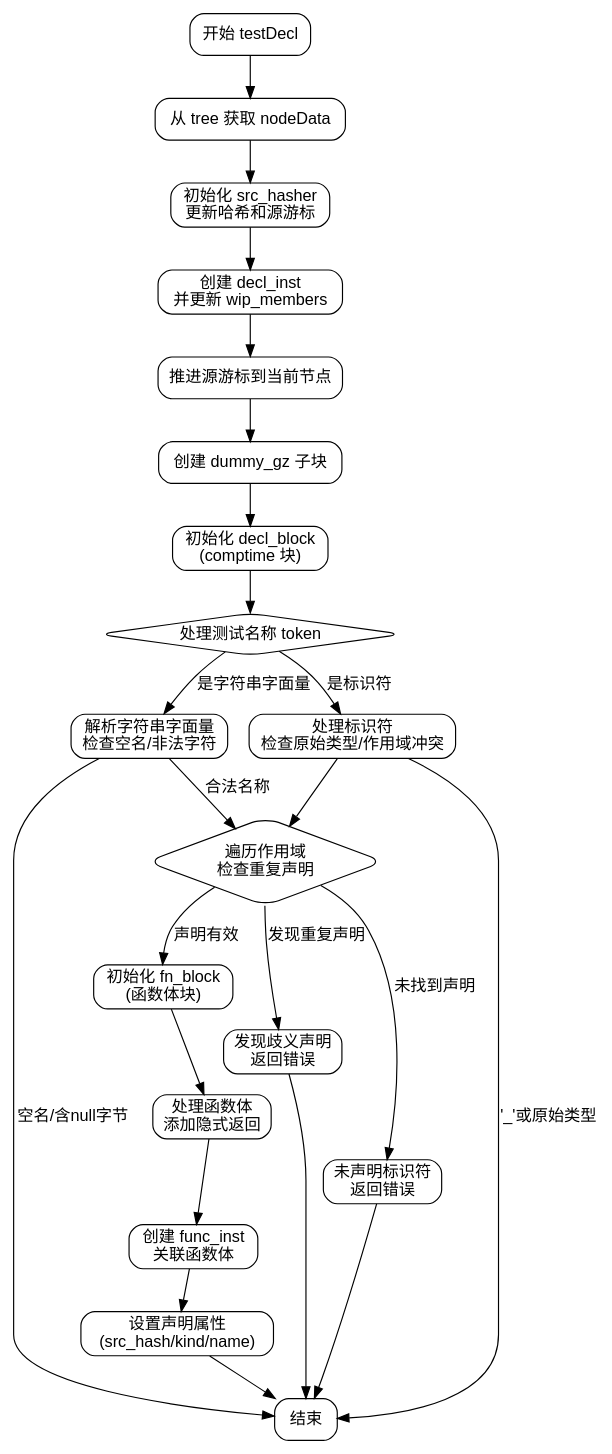
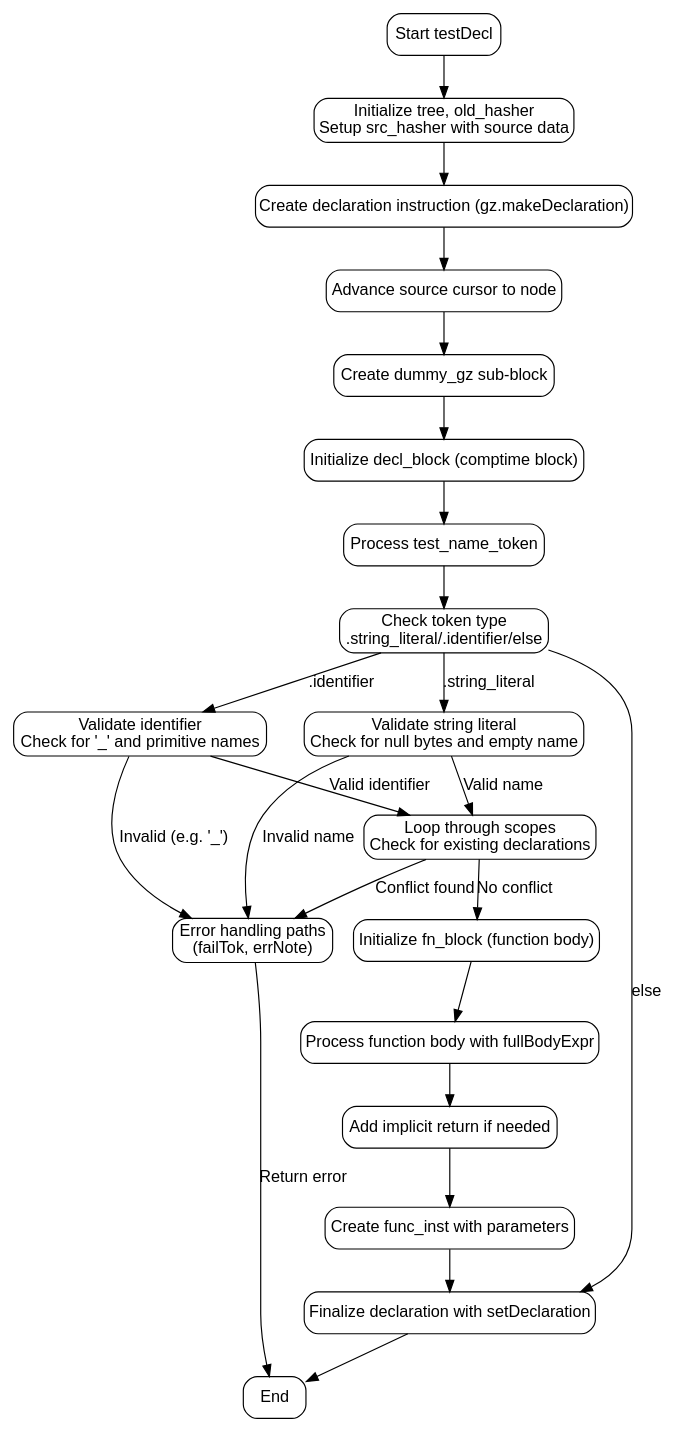
The diagram in dot_std/zig/AstGen.zig.testDecl.md (sdzx-1/deepseek-zig-reader), drawn with Graphviz before and after one commit. The commit also changed other lines of this file and 236 other files, not shown here.

````diff
--- a/dot_std/zig/AstGen.zig.testDecl.md
+++ b/dot_std/zig/AstGen.zig.testDecl.md
@@ -13,56 +28,54 @@
-```dot
-digraph flowchart {
-    node [shape=rectangle, style="rounded", fontname="Helvetica"];
-    edge [fontname="Helvetica"];
+```graphviz
+digraph testDecl_flowchart {
+    node [shape=rectangle, style="rounded", fontname="Arial"];
+    edge [fontname="Arial"];
 
-    start [label="开始 testDecl"];
-    get_tree_data [label="从 tree 获取 nodeData"];
-    src_hash_setup [label="初始化 src_hasher\n更新哈希和源游标"];
-    create_decl_inst [label="创建 decl_inst\n并更新 wip_members"];
-    advance_cursor [label="推进源游标到当前节点"];
-    create_dummy_gz [label="创建 dummy_gz 子块"];
-    create_decl_block [label="初始化 decl_block\n(comptime 块)"];
-    handle_test_name [label="处理测试名称 token", shape=diamond];
-        handle_string_lit [label="解析字符串字面量\n检查空名/非法字符"];
-        handle_identifier [label="处理标识符\n检查原始类型/作用域冲突"];
-        check_scope [label="遍历作用域\n检查重复声明", shape=diamond];
-        ambiguous_ref [label="发现歧义声明\n返回错误"];
-        undeclared_id [label="未声明标识符\n返回错误"];
-    
-    setup_fn_block [label="初始化 fn_block\n(函数体块)"];
-    handle_body [label="处理函数体\n添加隐式返回"];
-    add_func_inst [label="创建 func_inst\n关联函数体"];
-    finalize_decl [label="设置声明属性\n(src_hash/kind/name)"];
-    end [label="结束"];
+    start [label="Start testDecl"];
+    init_vars [label="Initialize tree, old_hasher\nSetup src_hasher with source data"];
+    decl_inst [label="Create declaration instruction (gz.makeDeclaration)"];
+    advance_cursor [label="Advance source cursor to node"];
+    setup_dummy_gz [label="Create dummy_gz sub-block"];
+    decl_block [label="Initialize decl_block (comptime block)"];
+    process_test_name [label="Process test_name_token"];
+    check_token_type [label="Check token type\n.string_literal/.identifier/else"];
+    string_literal_case [label="Validate string literal\nCheck for null bytes and empty name"];
+    identifier_case [label="Validate identifier\nCheck for '_' and primitive names"];
+    scope_loop [label="Loop through scopes\nCheck for existing declarations"];
+    error_handling [label="Error handling paths\n(failTok, errNote)"];
+    setup_fn_block [label="Initialize fn_block (function body)"];
+    process_body [label="Process function body with fullBodyExpr"];
+    add_implicit_return [label="Add implicit return if needed"];
+    create_func_inst [label="Create func_inst with parameters"];
+    finalize_decl [label="Finalize declaration with setDeclaration"];
+    end [label="End"];
 
-    start -> get_tree_data;
-    get_tree_data -> src_hash_setup;
-    src_hash_setup -> create_decl_inst;
-    create_decl_inst -> advance_cursor;
-    advance_cursor -> create_dummy_gz;
-    create_dummy_gz -> create_decl_block;
-    create_decl_block -> handle_test_name;
+    start -> init_vars;
+    init_vars -> decl_inst;
+    decl_inst -> advance_cursor;
+    advance_cursor -> setup_dummy_gz;
+    setup_dummy_gz -> decl_block;
+    decl_block -> process_test_name;
+    process_test_name -> check_token_type;
 
-    handle_test_name -> handle_string_lit [label="是字符串字面量"];
-    handle_test_name -> handle_identifier [label="是标识符"];
-    
-    handle_string_lit -> check_scope [label="合法名称"];
-    handle_identifier -> check_scope;
+    check_token_type -> string_literal_case [label=".string_literal"];
+    check_token_type -> identifier_case [label=".identifier"];
+    check_token_type -> finalize_decl [label="else"];
 
-    check_scope -> ambiguous_ref [label="发现重复声明"];
-    check_scope -> undeclared_id [label="未找到声明"];
-    check_scope -> setup_fn_block [label="声明有效"];
+    string_literal_case -> error_handling [label="Invalid name"];
+    string_literal_case -> scope_loop [label="Valid name"];
 
-    ambiguous_ref -> end;
-    undeclared_id -> end;
+    identifier_case -> error_handling [label="Invalid (e.g. '_')"];
+    identifier_case -> scope_loop [label="Valid identifier"];
 
-    setup_fn_block -> handle_body;
-    handle_body -> add_func_inst;
-    add_func_inst -> finalize_decl;
+    scope_loop -> error_handling [label="Conflict found"];
+    scope_loop -> setup_fn_block [label="No conflict"];
+
+    setup_fn_block -> process_body;
+    process_body -> add_implicit_return;
+    add_implicit_return -> create_func_inst;
+    create_func_inst -> finalize_decl;
     finalize_decl -> end;
 
-    // 错误处理路径
-    handle_string_lit -> end [label="空名/含null字节"];
-    handle_identifier -> end [label="'_'或原始类型"];
+    error_handling -> end [label="Return error"];
 }
 ```
````
